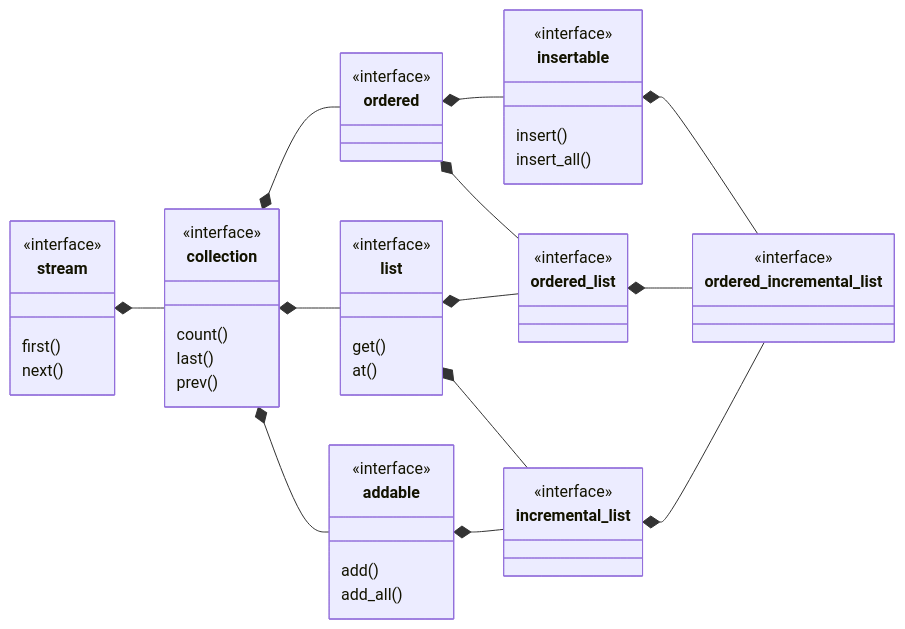
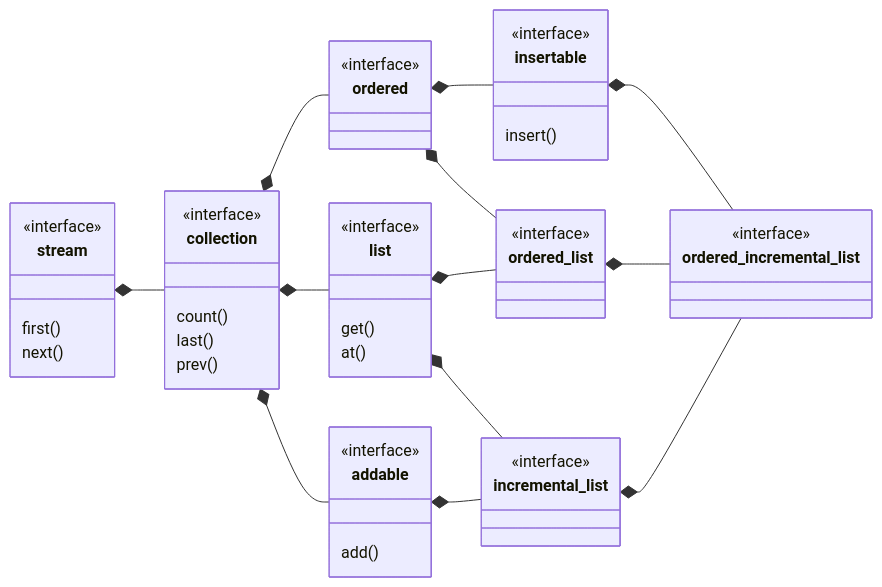
The diagram in doc/ordered_incremental_list.md (pretore/aquarium-butterflyfish), drawn with Mermaid before and after one commit. The commit also changed 26 other files, not shown here.

````diff
--- a/doc/ordered_incremental_list.md
+++ b/doc/ordered_incremental_list.md
@@ -3,50 +3,48 @@
 ```mermaid
 classDiagram
     direction LR
     class stream {
         first()
         next()
     }
     <<interface>> stream
     class collection {
         count()
         last()
         prev()
     }
     <<interface>> collection
     stream *-- collection
     class ordered
     <<interface>> ordered
     collection *-- ordered
     class insertable {
         insert()
-        insert_all()
     }
     <<interface>> insertable
     ordered *-- insertable
     class list {
         get()
         at()
     }
     <<interface>> list
     collection *-- list
     class ordered_list
     <<interface>> ordered_list
     ordered *-- ordered_list
     list *-- ordered_list
     class addable {
         add()
-        add_all()
     }
     <<interface>> addable
     collection *-- addable
     class incremental_list
     <<interface>> incremental_list
     addable *-- incremental_list
     list *-- incremental_list
     class ordered_incremental_list
     <<interface>> ordered_incremental_list
     insertable *-- ordered_incremental_list
     ordered_list *-- ordered_incremental_list
     incremental_list *-- ordered_incremental_list
 ```
````
